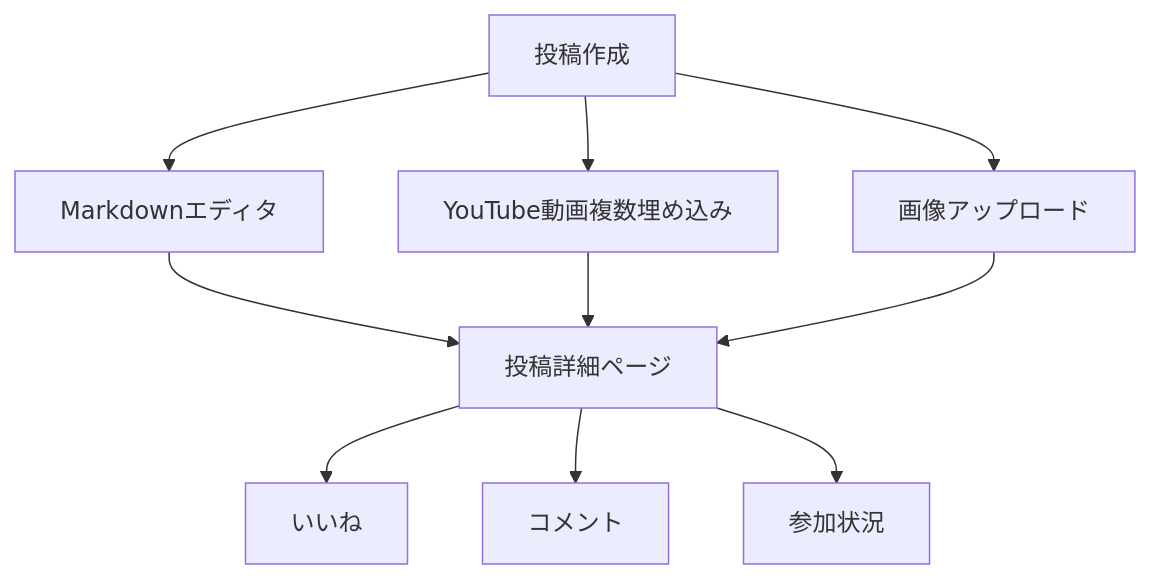
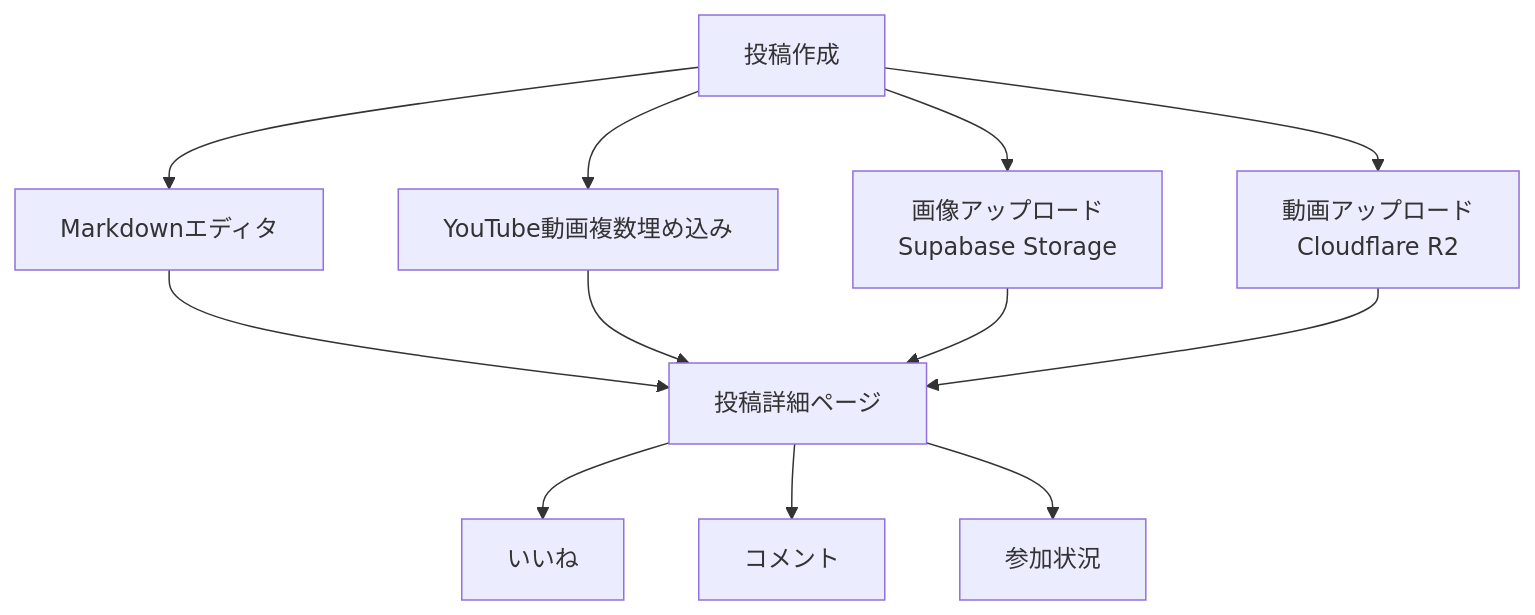
One commit to shuhei0720/keion-circle-site changed the seventh of 14 diagrams in README.md. Above: the diagram before and after it, drawn with Mermaid. The commit also changed other lines of this file, not shown here.

````diff
--- a/README.md
+++ b/README.md
@@ -1074,14 +1082,16 @@
 ```mermaid
 graph TB
     A[投稿作成] --> B[Markdownエディタ]
     A --> C[YouTube動画複数埋め込み]
-    A --> D[画像アップロード]
+    A --> D[画像アップロード<br/>Supabase Storage]
+    A --> E[動画アップロード<br/>Cloudflare R2]
     
-    B --> E[投稿詳細ページ]
-    C --> E
-    D --> E
+    B --> F[投稿詳細ページ]
+    C --> F
+    D --> F
+    E --> F
     
-    E --> F[いいね]
-    E --> G[コメント]
-    E --> H[参加状況]
+    F --> G[いいね]
+    F --> H[コメント]
+    F --> I[参加状況]
 ```
````
